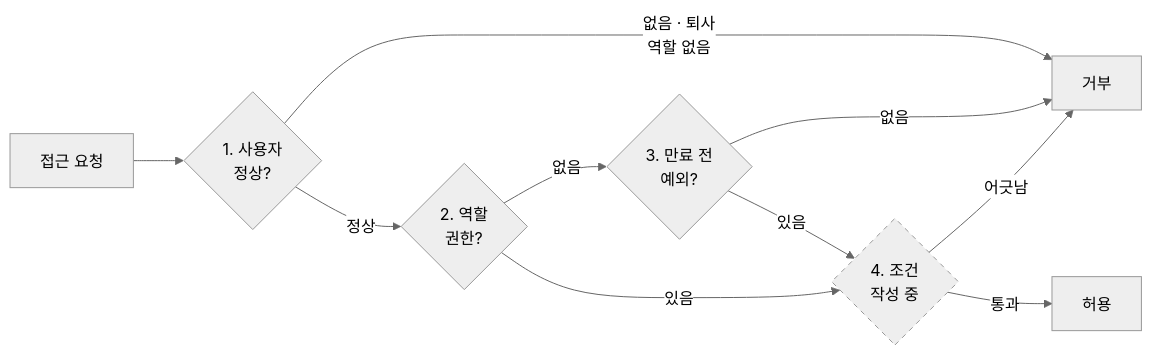
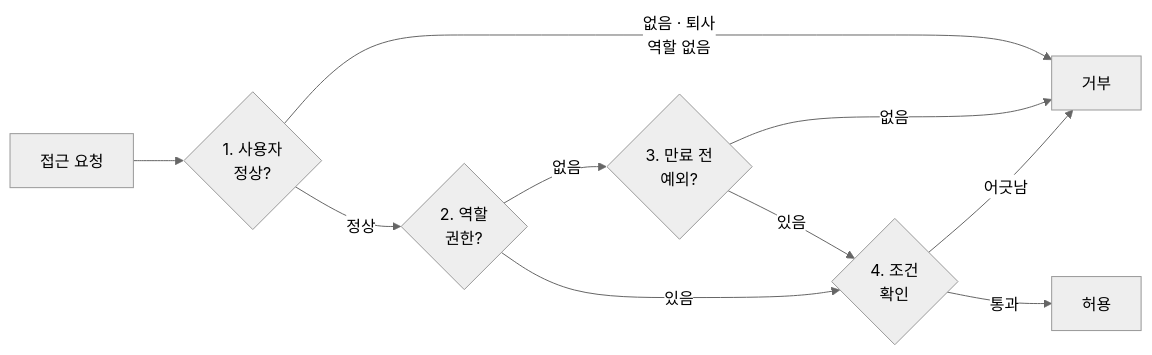
The first of 2 diagrams in access_control_3/README.md (mdkk0220/security-agent-toolkit), drawn with Mermaid (neutral theme) before and after one commit. The commit also changed other lines of this file and 30 other files, not shown here.

````diff
--- a/access_control_3/README.md
+++ b/access_control_3/README.md
@@ -25,13 +25,12 @@
 ```mermaid
 flowchart LR
     Q["접근 요청"] --> U{"1. 사용자<br/>정상?"}
     U -- "없음 · 퇴사<br/>역할 없음" --> N["거부"]
     U -- 정상 --> P{"2. 역할<br/>권한?"}
     P -- 없음 --> E{"3. 만료 전<br/>예외?"}
     E -- 없음 --> N
-    P -- 있음 --> C{"4. 조건<br/>작성 중"}
+    P -- 있음 --> C{"4. 조건<br/>확인"}
     E -- 있음 --> C
     C -- 어긋남 --> N
     C -- 통과 --> Y["허용"]
-    style C stroke-dasharray: 5 5
 ```
````
